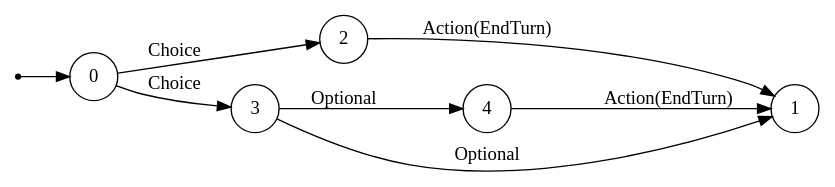
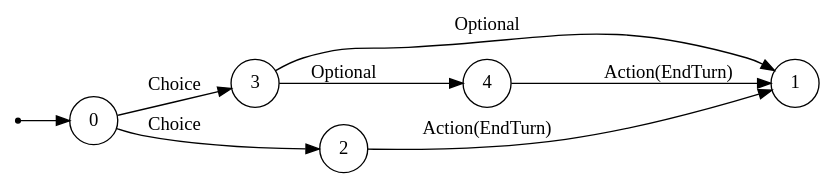
Before and after one commit to mentalcardgames/mcg: the diagram in ir/tests_out/choice_rule.dot, drawn with Graphviz. The commit also changed other lines of this file and 18 other files, not shown here.

```diff
--- a/ir/tests_out/choice_rule.dot
+++ b/ir/tests_out/choice_rule.dot
@@ -1,12 +1,12 @@
 digraph FSM {
   rankdir=LR;
   node [shape = circle];
+  3 -> 1 [label="Optional"];
   0 -> 2 [label="Choice"];
+  2 -> 1 [label="Action(EndTurn)"];
   4 -> 1 [label="Action(EndTurn)"];
+  3 -> 4 [label="Optional"];
   0 -> 3 [label="Choice"];
-  3 -> 4 [label="Optional"];
-  2 -> 1 [label="Action(EndTurn)"];
-  3 -> 1 [label="Optional"];
   start [shape=point];
   start -> 0;
 }
```
